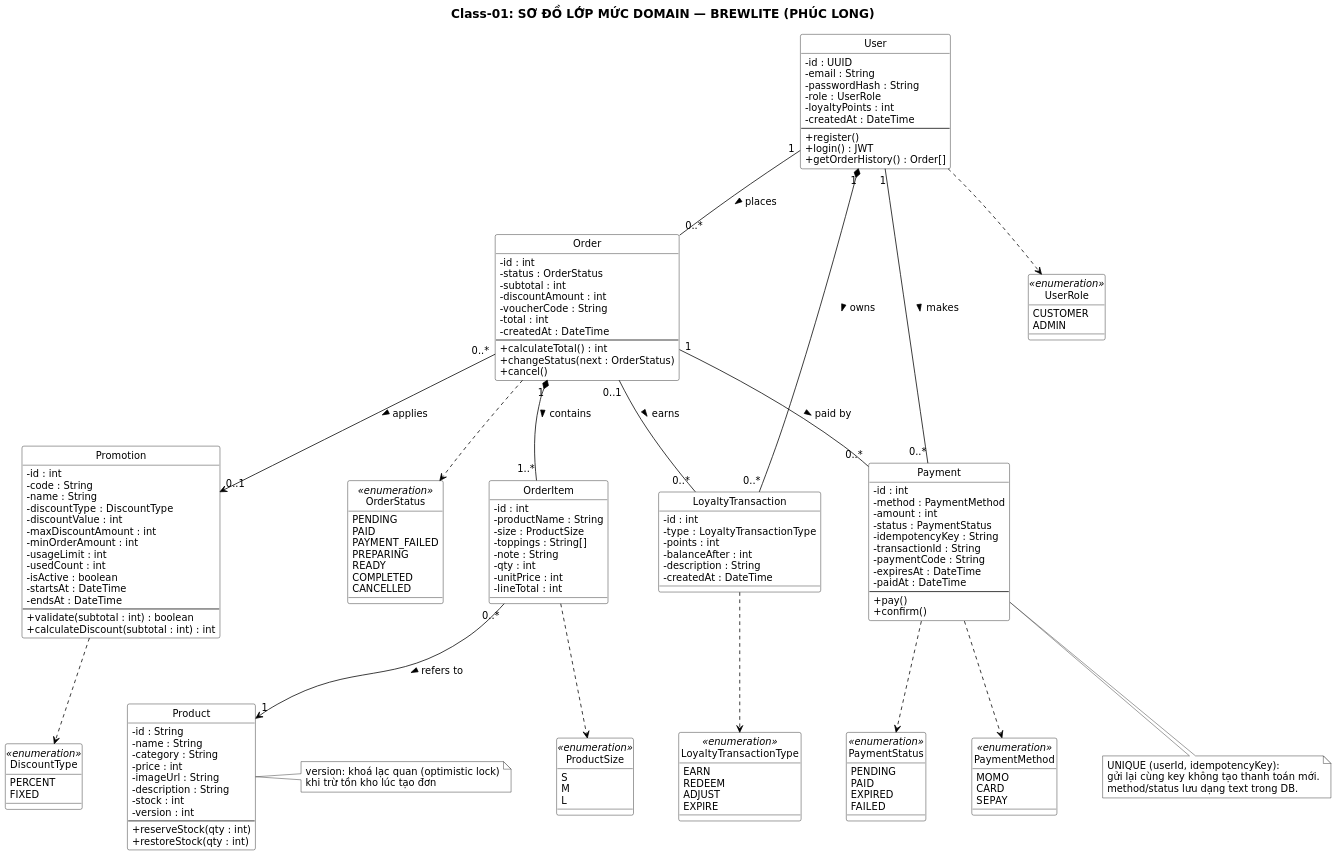
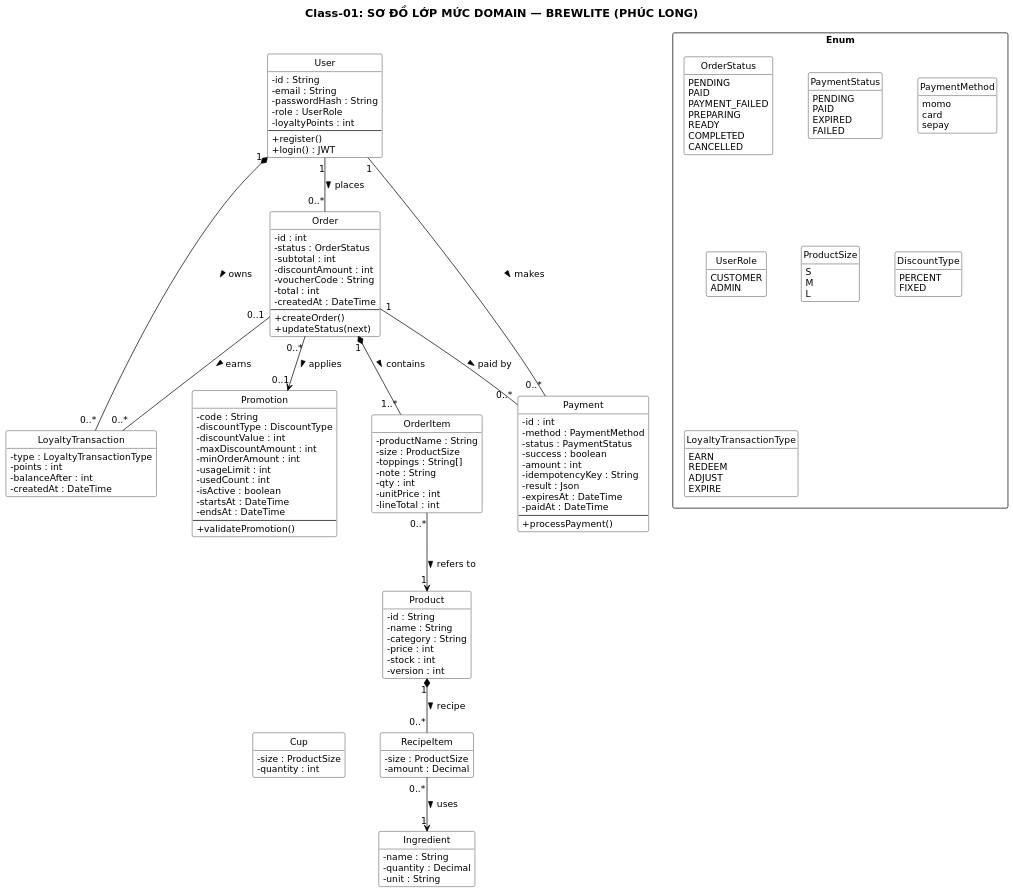
One commit to Bao3Q/PhucLong changed the diagram in docs/diagrams/Task2_3_Class.puml. Above: the diagram before and after it, drawn with PlantUML. The commit also changed 27 other files, not shown here.

Commit message:
Sửa phân quyền đổi trạng thái đơn (FR-09) và vẽ lại sơ đồ cho khớp code

```diff
--- a/docs/diagrams/Task2_3_Class.puml
+++ b/docs/diagrams/Task2_3_Class.puml
@@ -1,177 +1,163 @@
 @startuml Task2_3_Class
 skinparam backgroundColor white
 skinparam shadowing false
 skinparam defaultFontName DejaVu Sans
 skinparam defaultFontSize 13
-skinparam dpi 140
+skinparam dpi 130
 skinparam TitleFontSize 16
 skinparam classAttributeIconSize 0
 skinparam ClassBackgroundColor white
 skinparam ClassBorderColor black
 skinparam ClassFontColor black
 skinparam ClassAttributeFontColor black
 skinparam ClassStereotypeFontColor black
 skinparam ArrowColor black
 skinparam ArrowFontColor black
-skinparam NoteBackgroundColor white
-skinparam NoteBorderColor black
-skinparam nodesep 60
-skinparam ranksep 70
+skinparam PackageBorderColor black
+skinparam nodesep 50
+skinparam ranksep 60
 hide circle
+hide empty members
 title Class-01: SƠ ĐỒ LỚP MỨC DOMAIN — BREWLITE (PHÚC LONG)
 
 class User {
-  - id : UUID
+  - id : String
   - email : String
   - passwordHash : String
   - role : UserRole
   - loyaltyPoints : int
-  - createdAt : DateTime
   --
   + register()
   + login() : JWT
-  + getOrderHistory() : Order[]
-}
-class Product {
-  - id : String
-  - name : String
-  - category : String
-  - price : int
-  - imageUrl : String
-  - description : String
-  - stock : int
-  - version : int
-  --
-  + reserveStock(qty : int)
-  + restoreStock(qty : int)
 }
 class Order {
   - id : int
   - status : OrderStatus
   - subtotal : int
   - discountAmount : int
   - voucherCode : String
   - total : int
   - createdAt : DateTime
   --
-  + calculateTotal() : int
-  + changeStatus(next : OrderStatus)
-  + cancel()
+  + createOrder()
+  + updateStatus(next)
 }
 class OrderItem {
-  - id : int
   - productName : String
   - size : ProductSize
   - toppings : String[]
   - note : String
   - qty : int
   - unitPrice : int
   - lineTotal : int
 }
+class Product {
+  - id : String
+  - name : String
+  - category : String
+  - price : int
+  - stock : int
+  - version : int
+}
 class Payment {
   - id : int
   - method : PaymentMethod
+  - status : PaymentStatus
+  - success : boolean
   - amount : int
-  - status : PaymentStatus
   - idempotencyKey : String
-  - transactionId : String
-  - paymentCode : String
+  - result : Json
   - expiresAt : DateTime
   - paidAt : DateTime
   --
-  + pay()
-  + confirm()
+  + processPayment()
 }
 class Promotion {
-  - id : int
   - code : String
-  - name : String
   - discountType : DiscountType
   - discountValue : int
   - maxDiscountAmount : int
   - minOrderAmount : int
   - usageLimit : int
   - usedCount : int
   - isActive : boolean
   - startsAt : DateTime
   - endsAt : DateTime
   --
-  + validate(subtotal : int) : boolean
-  + calculateDiscount(subtotal : int) : int
+  + validatePromotion()
 }
 class LoyaltyTransaction {
-  - id : int
   - type : LoyaltyTransactionType
   - points : int
   - balanceAfter : int
-  - description : String
   - createdAt : DateTime
 }
+class RecipeItem {
+  - size : ProductSize
+  {field} - amount : Decimal
+}
+class Ingredient {
+  - name : String
+  {field} - quantity : Decimal
+  - unit : String
+}
+class Cup {
+  - size : ProductSize
+  - quantity : int
+}
 
-enum OrderStatus <<enumeration>> {
-  PENDING
-  PAID
-  PAYMENT_FAILED
-  PREPARING
-  READY
-  COMPLETED
-  CANCELLED
-}
-enum PaymentStatus <<enumeration>> {
-  PENDING
-  PAID
-  EXPIRED
-  FAILED
-}
-enum PaymentMethod <<enumeration>> {
-  MOMO
-  CARD
-  SEPAY
-}
-enum UserRole <<enumeration>> {
-  CUSTOMER
-  ADMIN
-}
-enum ProductSize <<enumeration>> {
-  S
-  M
-  L
-}
-enum DiscountType <<enumeration>> {
-  PERCENT
-  FIXED
-}
-enum LoyaltyTransactionType <<enumeration>> {
-  EARN
-  REDEEM
-  ADJUST
-  EXPIRE
+package "Enum" <<Rectangle>> {
+  enum OrderStatus {
+    PENDING
+    PAID
+    PAYMENT_FAILED
+    PREPARING
+    READY
+    COMPLETED
+    CANCELLED
+  }
+  enum PaymentStatus {
+    PENDING
+    PAID
+    EXPIRED
+    FAILED
+  }
+  enum PaymentMethod {
+    momo
+    card
+    sepay
+  }
+  enum UserRole {
+    CUSTOMER
+    ADMIN
+  }
+  enum ProductSize {
+    S
+    M
+    L
+  }
+  enum DiscountType {
+    PERCENT
+    FIXED
+  }
+  enum LoyaltyTransactionType {
+    EARN
+    REDEEM
+    ADJUST
+    EXPIRE
+  }
 }
 
 User "1" -- "0..*" Order : places >
+User "1" -- "0..*" Payment : makes >
+User "1" *-- "0..*" LoyaltyTransaction : owns >
 Order "1" *-- "1..*" OrderItem : contains >
+Order "1" -- "0..*" Payment : paid by >
+Order "0..*" --> "0..1" Promotion : applies >
+Order "0..1" -- "0..*" LoyaltyTransaction : earns >
 OrderItem "0..*" --> "1" Product : refers to >
-Order "1" -- "0..*" Payment : paid by >
-User "1" -- "0..*" Payment : makes >
-Order "0..*" --> "0..1" Promotion : applies >
-User "1" *-- "0..*" LoyaltyTransaction : owns >
-Order "0..1" -- "0..*" LoyaltyTransaction : earns >
+Product "1" *-- "0..*" RecipeItem : recipe >
+RecipeItem "0..*" --> "1" Ingredient : uses >
 
-User ..> UserRole
-Order ..> OrderStatus
-OrderItem ..> ProductSize
-Payment ..> PaymentStatus
-Payment ..> PaymentMethod
-Promotion ..> DiscountType
-LoyaltyTransaction ..> LoyaltyTransactionType
-
-note bottom of Payment
-  UNIQUE (userId, idempotencyKey):
-  gửi lại cùng key không tạo thanh toán mới.
-  method/status lưu dạng text trong DB.
-end note
-note right of Product
-  version: khoá lạc quan (optimistic lock)
-  khi trừ tồn kho lúc tạo đơn
-end note
+Cup -[hidden]right- RecipeItem
 @enduml
```
